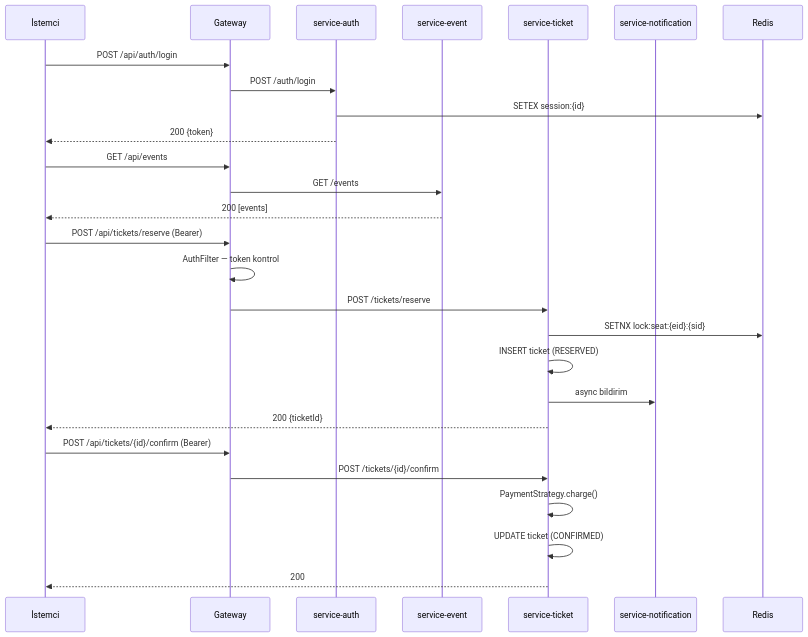
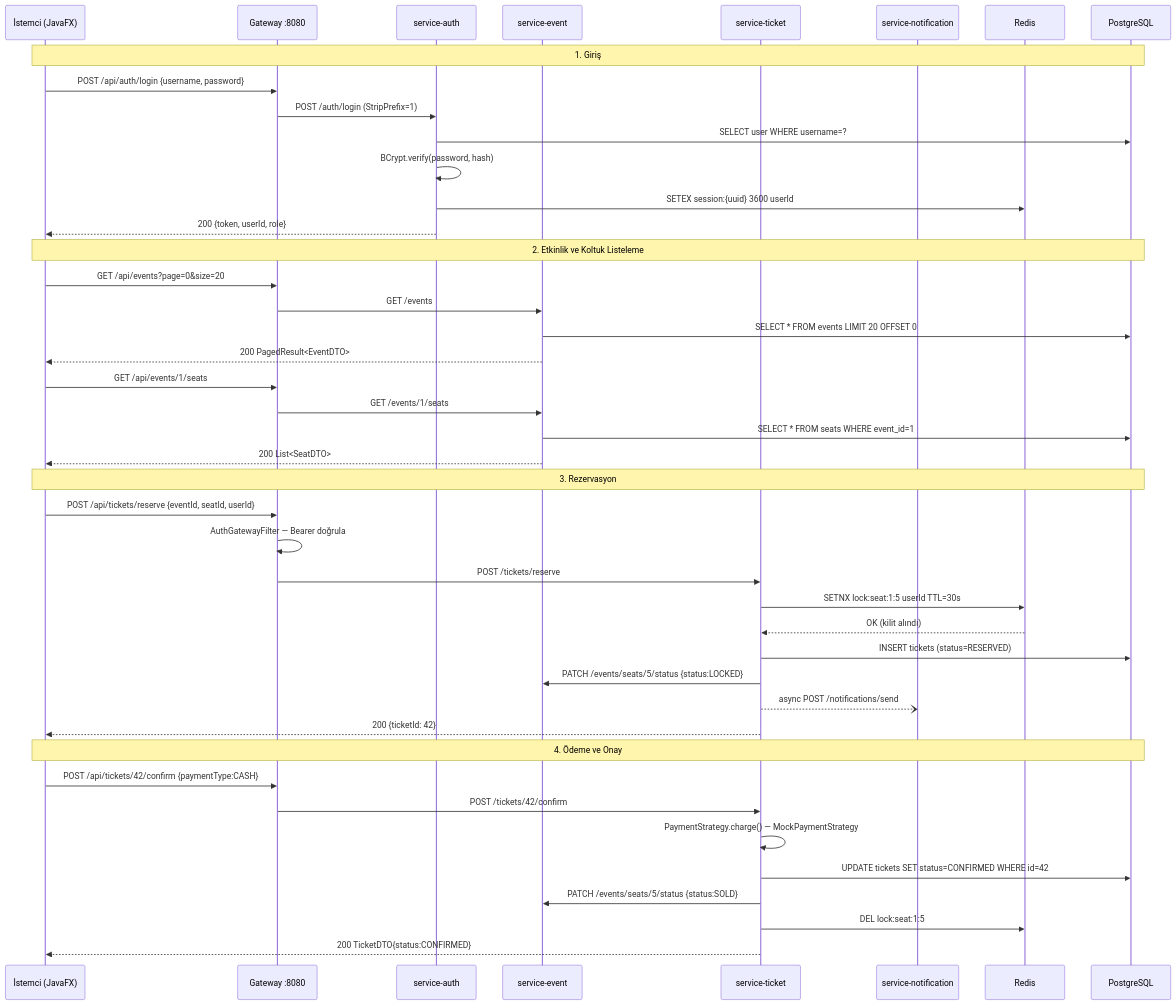
Before and after one commit to Sayicon/ileri_java_final: the second of 4 diagrams in README.md, drawn with Mermaid. The commit also changed other lines of this file, not shown here.

````diff
--- a/README.md
+++ b/README.md
@@ -47,33 +117,50 @@
 ```mermaid
 sequenceDiagram
-    participant C as İstemci
-    participant G as Gateway
+    participant C as İstemci (JavaFX)
+    participant G as Gateway :8080
     participant A as service-auth
     participant E as service-event
     participant T as service-ticket
     participant N as service-notification
     participant R as Redis
+    participant DB as PostgreSQL
 
-    C->>G: POST /api/auth/login
-    G->>A: POST /auth/login
-    A->>R: SETEX session:{id}
-    A-->>C: 200 {token}
+    Note over C,DB: 1. Giriş
+    C->>G: POST /api/auth/login {username, password}
+    G->>A: POST /auth/login (StripPrefix=1)
+    A->>DB: SELECT user WHERE username=?
+    A->>A: BCrypt.verify(password, hash)
+    A->>R: SETEX session:{uuid} 3600 userId
+    A-->>C: 200 {token, userId, role}
 
-    C->>G: GET /api/events
+    Note over C,DB: 2. Etkinlik ve Koltuk Listeleme
+    C->>G: GET /api/events?page=0&size=20
     G->>E: GET /events
-    E-->>C: 200 [events]
+    E->>DB: SELECT * FROM events LIMIT 20 OFFSET 0
+    E-->>C: 200 PagedResult<EventDTO>
 
-    C->>G: POST /api/tickets/reserve (Bearer)
-    G->>G: AuthFilter — token kontrol
+    C->>G: GET /api/events/1/seats
+    G->>E: GET /events/1/seats
+    E->>DB: SELECT * FROM seats WHERE event_id=1
+    E-->>C: 200 List<SeatDTO>
+
+    Note over C,DB: 3. Rezervasyon
+    C->>G: POST /api/tickets/reserve {eventId, seatId, userId}
+    G->>G: AuthGatewayFilter — Bearer doğrula
     G->>T: POST /tickets/reserve
-    T->>R: SETNX lock:seat:{eid}:{sid}
-    T->>T: INSERT ticket (RESERVED)
-    T->>N: async bildirim
-    T-->>C: 200 {ticketId}
+    T->>R: SETNX lock:seat:1:5 userId TTL=30s
+    R-->>T: OK (kilit alındı)
+    T->>DB: INSERT tickets (status=RESERVED)
+    T->>E: PATCH /events/seats/5/status {status:LOCKED}
+    T--)N: async POST /notifications/send
+    T-->>C: 200 {ticketId: 42}
 
-    C->>G: POST /api/tickets/{id}/confirm (Bearer)
-    G->>T: POST /tickets/{id}/confirm
-    T->>T: PaymentStrategy.charge()
-    T->>T: UPDATE ticket (CONFIRMED)
-    T-->>C: 200
+    Note over C,DB: 4. Ödeme ve Onay
+    C->>G: POST /api/tickets/42/confirm {paymentType:CASH}
+    G->>T: POST /tickets/42/confirm
+    T->>T: PaymentStrategy.charge() — MockPaymentStrategy
+    T->>DB: UPDATE tickets SET status=CONFIRMED WHERE id=42
+    T->>E: PATCH /events/seats/5/status {status:SOLD}
+    T->>R: DEL lock:seat:1:5
+    T-->>C: 200 TicketDTO{status:CONFIRMED}
 ```
````
